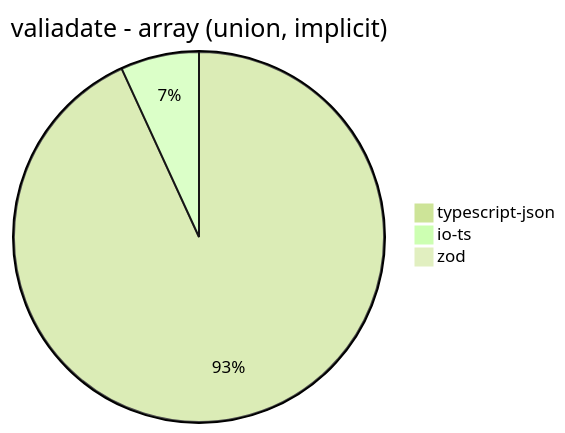
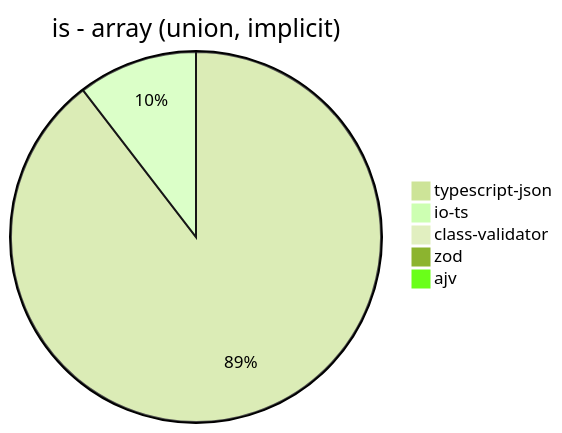
One commit to samchon/typia changed the seventh of 40 diagrams in benchmark/results/AMD Ryzen 9 5900HX with Radeon Graphics.md. Above: the diagram before and after it, drawn with Mermaid (forest theme). The commit also changed other lines of this file and 2 other files, not shown here.

````diff
--- a/benchmark/results/AMD Ryzen 9 5900HX with Radeon Graphics.md
+++ b/benchmark/results/AMD Ryzen 9 5900HX with Radeon Graphics.md
@@ -69,6 +81,8 @@
 ```mermaid
-pie title valiadate - array (union, implicit)
-  "typescript-json": 1701.2734347364699
-  "io-ts": 125.16345974220064
-  "zod": 3.987089424719954
+pie title is - array (union, implicit)
+  "typescript-json": 4115.482695810564
+  "io-ts": 479.89427978100815
+  "class-validator": 9.972801450589303
+  "zod": 3.949595636637201
+  "ajv": 0
 ```
````
